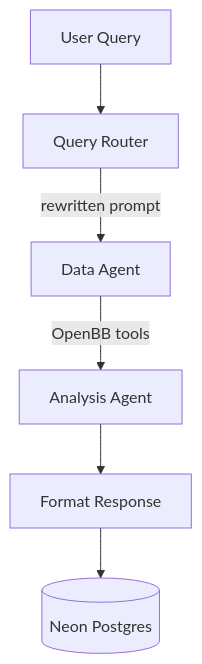
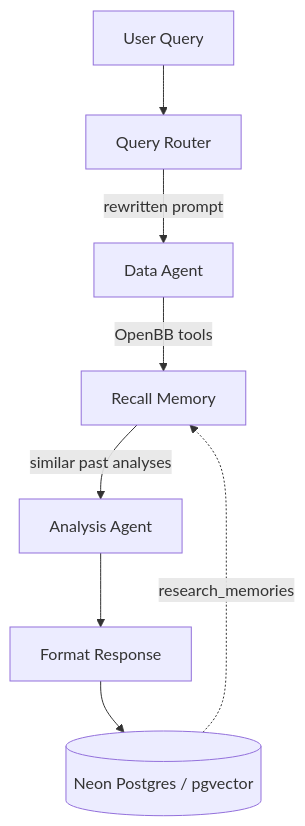
The diagram in README.md (RichChang963/Trading-Assistant), drawn with Mermaid before and after one commit. The commit also changed other lines of this file and 5 other files, not shown here.

````diff
--- a/README.md
+++ b/README.md
@@ -77,8 +78,10 @@
 ```mermaid
 graph TD
     A[User Query] --> B[Query Router]
     B -->|rewritten prompt| C[Data Agent]
-    C -->|OpenBB tools| D[Analysis Agent]
+    C -->|OpenBB tools| M[Recall Memory]
+    M -->|similar past analyses| D[Analysis Agent]
+    F[(Neon Postgres / pgvector)] -.->|research_memories| M
     D --> E[Format Response]
-    E --> F[(Neon Postgres)]
+    E --> F
 ```
````
